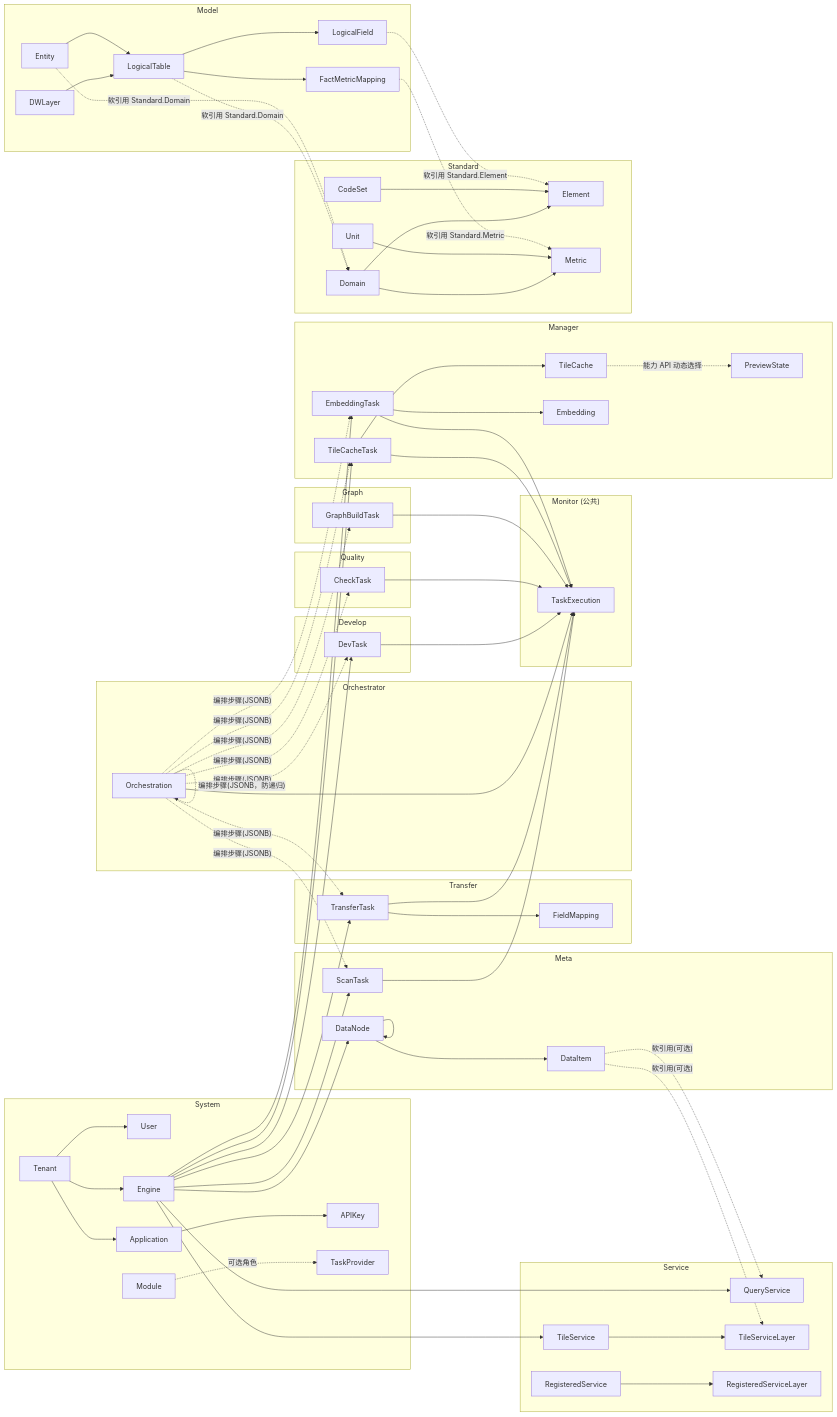
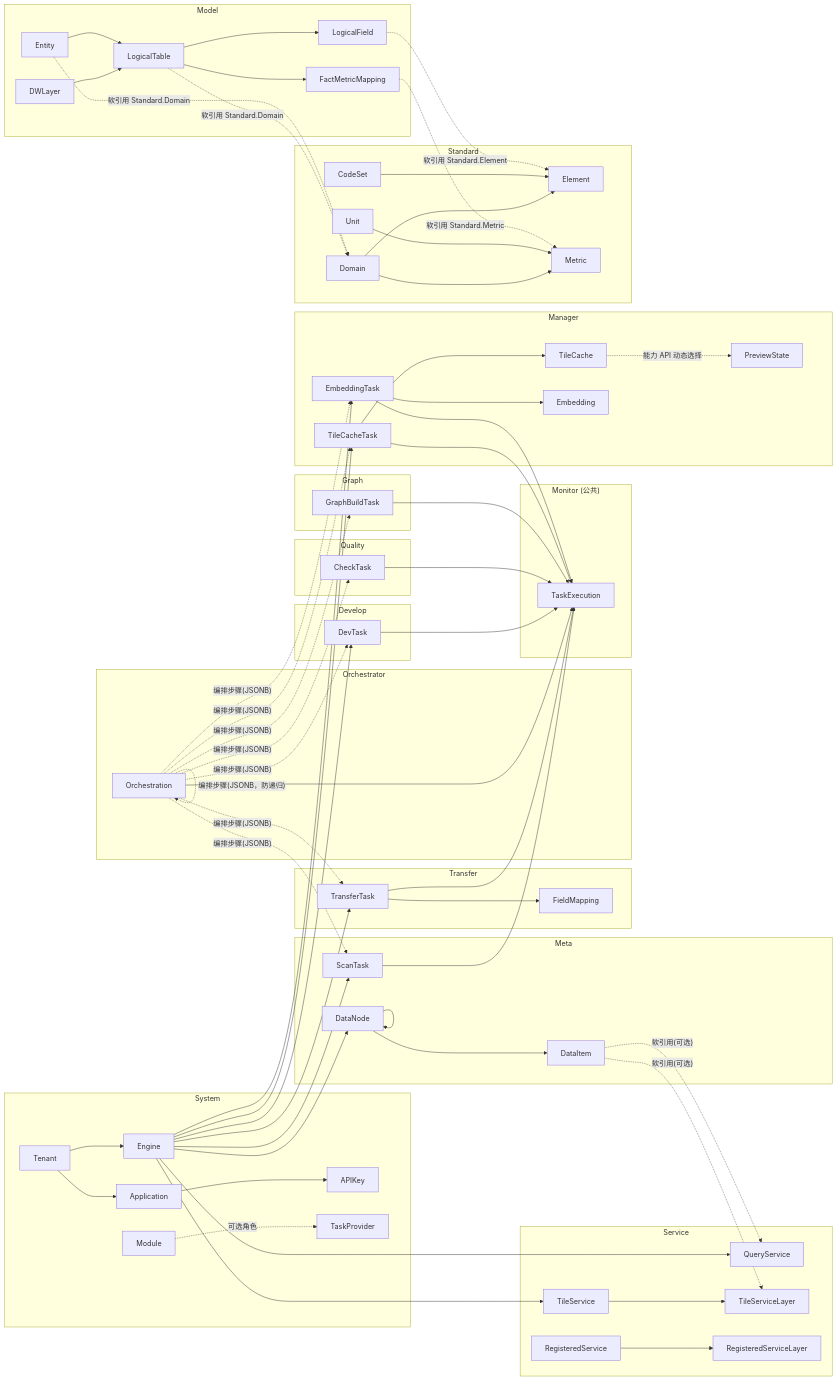
The eighth of 9 diagrams in docs/concepts/addp核心对象ER图（元模型）.md (pampa0629/addp), drawn with Mermaid before and after one commit. The commit also changed other lines of this file and 44 other files, not shown here.

```diff
--- a/docs/concepts/addp核心对象ER图（元模型）.md
+++ b/docs/concepts/addp核心对象ER图（元模型）.md
@@ -1177,7 +1172,6 @@
     %% ── System ──
     subgraph SYS["System"]
         Tenant
-        User
         Engine
         Application
         APIKey
@@ -1249,7 +1243,6 @@
     end
 
     %% System 内部
-    Tenant --> User
     Tenant --> Engine
     Tenant --> Application
     Application --> APIKey
```
